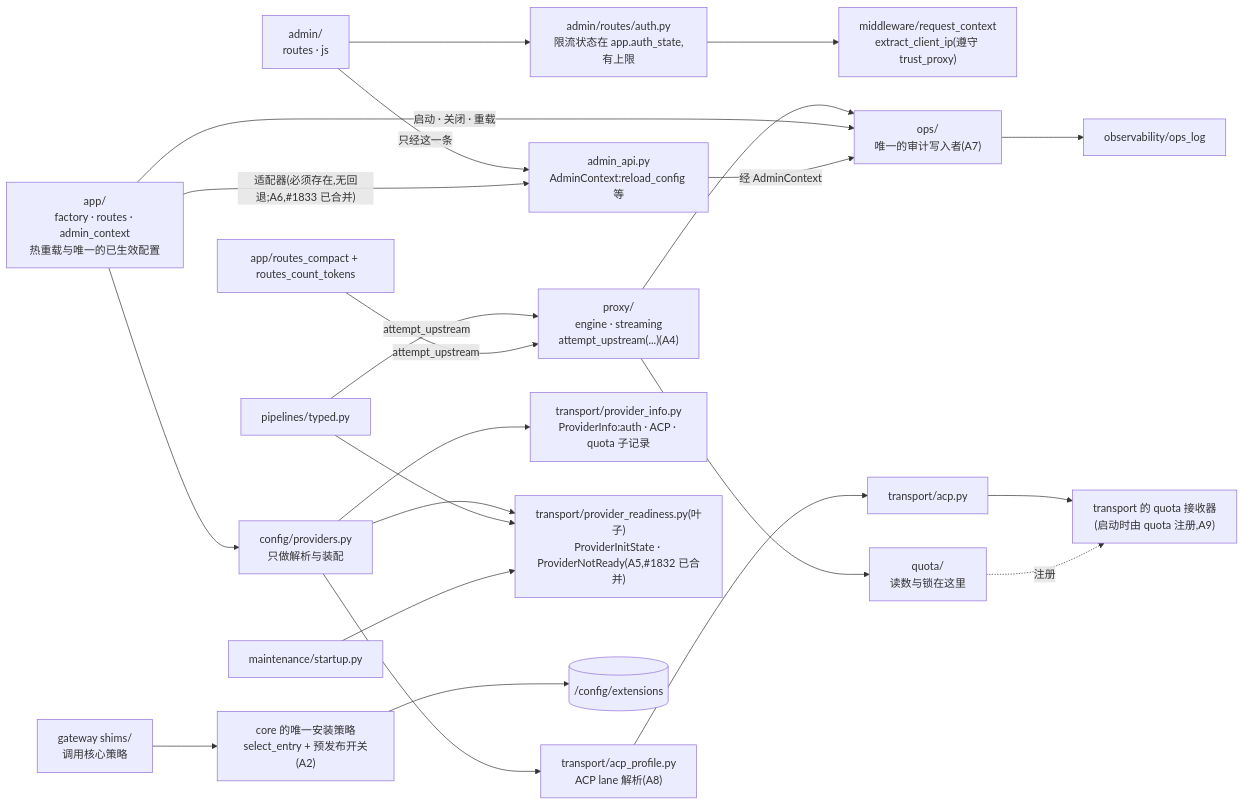
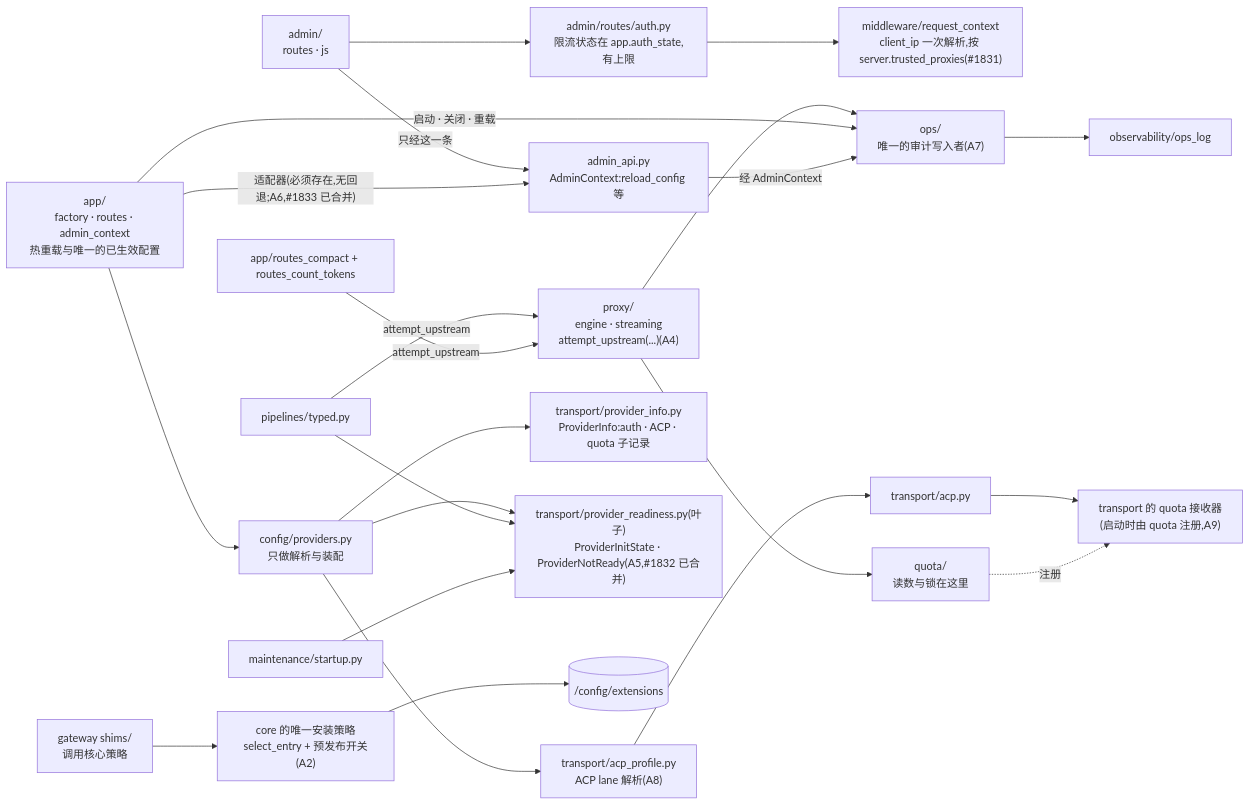
One commit to Oaklight/llm-rosetta changed the diagram in gap_ideal.mmd. Above: the diagram before and after it, drawn with Mermaid. The commit also changed 4 other files, not shown here.

Commit message:
diagrams: client_ip resolved once with server.trusted_proxies, lifecycle audit through ops (#1831, #1835)

```diff
--- a/gap_ideal.mmd
+++ b/gap_ideal.mmd
@@ -1,44 +1,44 @@
 flowchart LR
   ADMIN["admin/<br/>routes · js"]
   ADMINAPI["admin_api.py<br/>AdminContext:reload_config 等"]
   APP["app/<br/>factory · routes · admin_context<br/>热重载与唯一的已生效配置"]
   LOGIN["admin/routes/auth.py<br/>限流状态在 app.auth_state,有上限"]
-  MWCTX["middleware/request_context<br/>extract_client_ip(遵守 trust_proxy)"]
+  MWCTX["middleware/request_context<br/>client_ip 一次解析,按 server.trusted_proxies(#1831)"]
   PROXY["proxy/<br/>engine · streaming<br/>attempt_upstream(...)(A4)"]
   PIPES["pipelines/typed.py"]
   RELAY["app/routes_compact + routes_count_tokens"]
   CONFIG["config/providers.py<br/>只做解析与装配"]
   ACPPROF["transport/acp_profile.py<br/>ACP lane 解析(A8)"]
   PINFO["transport/provider_info.py<br/>ProviderInfo:auth · ACP · quota 子记录"]
   TRANSPORT["transport/acp.py"]
   SINK["transport 的 quota 接收器<br/>(启动时由 quota 注册,A9)"]
   QUOTA["quota/<br/>读数与锁在这里"]
   PSTATE["transport/provider_readiness.py(叶子)<br/>ProviderInitState · ProviderNotReady(A5,#1832 已合并)"]
   MAINT["maintenance/startup.py"]
   OPS["ops/<br/>唯一的审计写入者(A7)"]
   OPSLOG["observability/ops_log"]
   EXTCORE["core 的唯一安装策略<br/>select_entry + 预发布开关(A2)"]
   EXTGW["gateway shims/<br/>调用核心策略"]
   EXTDIR[("/config/extensions")]
   ADMIN -->|"只经这一条"| ADMINAPI
   APP -->|"适配器(必须存在,无回退;A6,#1833 已合并)"| ADMINAPI
   ADMIN --> LOGIN
   LOGIN --> MWCTX
   PROXY --> QUOTA
   PIPES -->|"attempt_upstream"| PROXY
   RELAY -->|"attempt_upstream"| PROXY
   APP --> CONFIG
   CONFIG --> ACPPROF
   CONFIG --> PINFO
   ACPPROF --> TRANSPORT
   TRANSPORT --> SINK
   QUOTA -.->|"注册"| SINK
   CONFIG --> PSTATE
   PIPES --> PSTATE
   MAINT --> PSTATE
   PROXY --> OPS
   APP -->|"启动 · 关闭 · 重载"| OPS
   ADMINAPI -->|"经 AdminContext"| OPS
   OPS --> OPSLOG
   EXTGW --> EXTCORE
   EXTCORE --> EXTDIR
```
